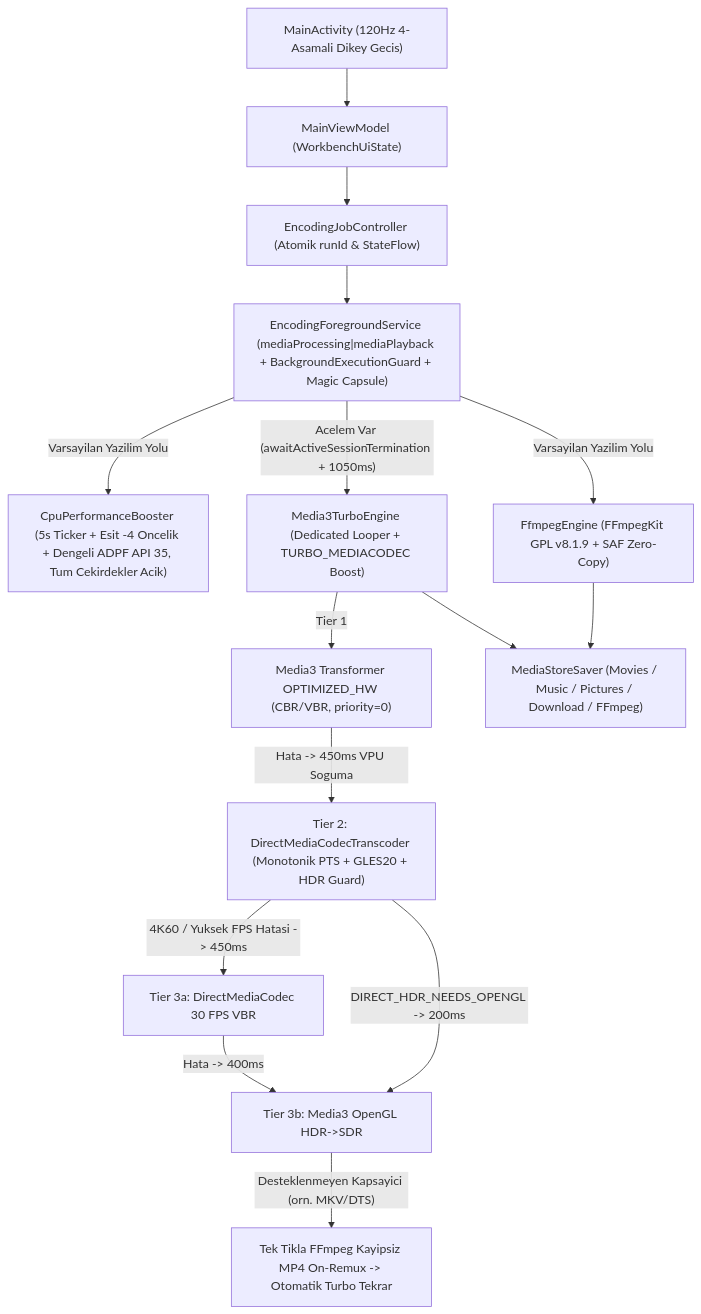
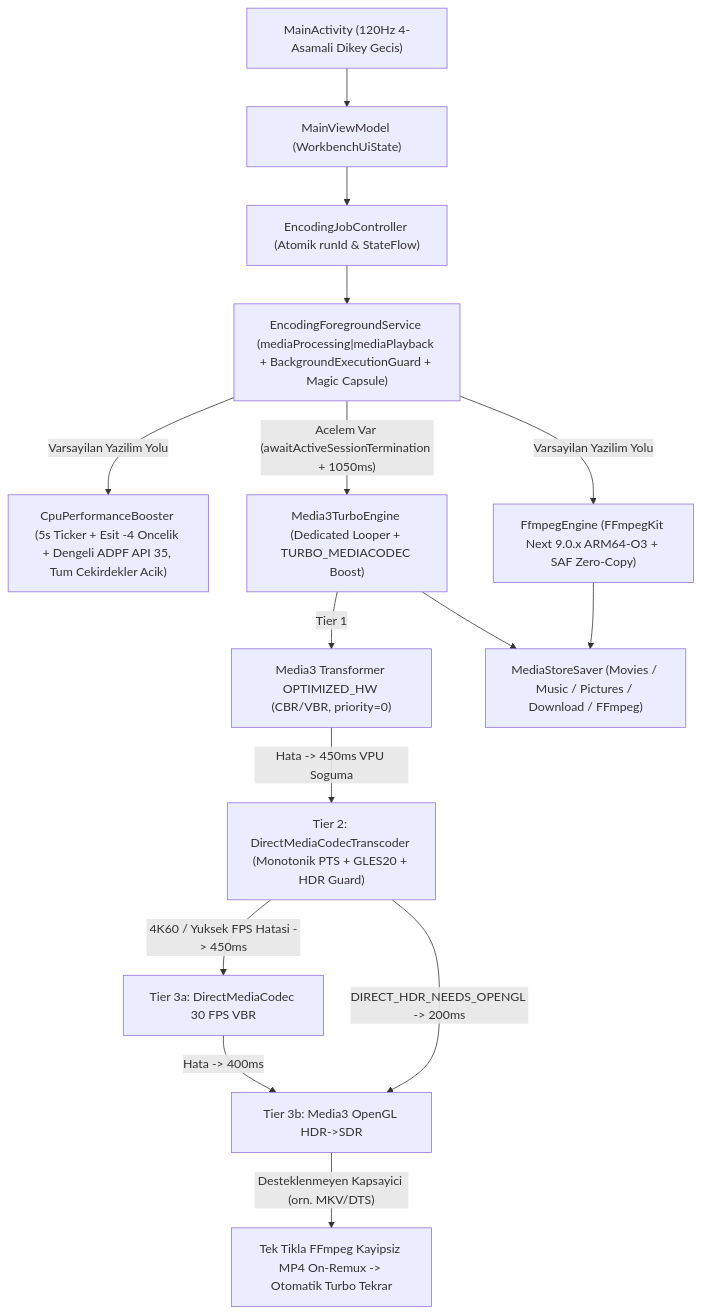
Before and after one commit to Cres246/FFmpeg-compressor-editor: the diagram in AGENTS.md, drawn with Mermaid. The commit also changed other lines of this file and 9 other files, not shown here.

First line of the commit message:
feat: upgrade FFmpeg engine to FFmpegKit Next

````diff
--- a/AGENTS.md
+++ b/AGENTS.md
@@ -43,20 +43,20 @@
 ```mermaid
 flowchart TD
     UI["MainActivity (120Hz 4-Asamali Dikey Gecis)"] --> VM["MainViewModel (WorkbenchUiState)"]
     VM --> CTRL["EncodingJobController (Atomik runId & StateFlow)"]
     CTRL --> SVC["EncodingForegroundService (mediaProcessing|mediaPlayback + BackgroundExecutionGuard + Magic Capsule)"]
 
     SVC -->|Varsayilan Yazilim Yolu| BOOST["CpuPerformanceBooster (5s Ticker + Esit -4 Oncelik + Dengeli ADPF API 35, Tum Cekirdekler Acik)"]
-    SVC -->|Varsayilan Yazilim Yolu| FF["FfmpegEngine (FFmpegKit GPL v8.1.9 + SAF Zero-Copy)"]
+    SVC -->|Varsayilan Yazilim Yolu| FF["FfmpegEngine (FFmpegKit Next 9.0.x ARM64-O3 + SAF Zero-Copy)"]
 
     SVC -->|"Acelem Var (awaitActiveSessionTermination + 1050ms)"| TURBO["Media3TurboEngine (Dedicated Looper + TURBO_MEDIACODEC Boost)"]
     TURBO -->|"Tier 1"| T1["Media3 Transformer OPTIMIZED_HW (CBR/VBR, priority=0)"]
     T1 -->|"Hata -> 450ms VPU Soguma"| T2["Tier 2: DirectMediaCodecTranscoder (Monotonik PTS + GLES20 + HDR Guard)"]
     T2 -->|"4K60 / Yuksek FPS Hatasi -> 450ms"| T3A["Tier 3a: DirectMediaCodec 30 FPS VBR"]
     T2 -->|"DIRECT_HDR_NEEDS_OPENGL -> 200ms"| T3B["Tier 3b: Media3 OpenGL HDR->SDR"]
     T3A -->|"Hata -> 400ms"| T3B
 
     T3B -->|"Desteklenmeyen Kapsayici (orn. MKV/DTS)"| REMUX["Tek Tikla FFmpeg Kayipsiz MP4 On-Remux -> Otomatik Turbo Tekrar"]
     FF --> SAVE["MediaStoreSaver (Movies / Music / Pictures / Download / FFmpeg)"]
     TURBO --> SAVE
 ```
````
